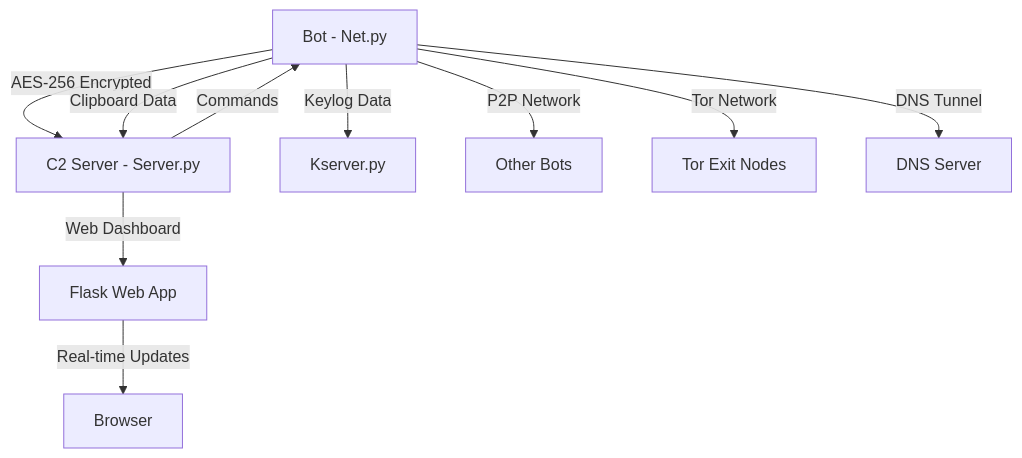
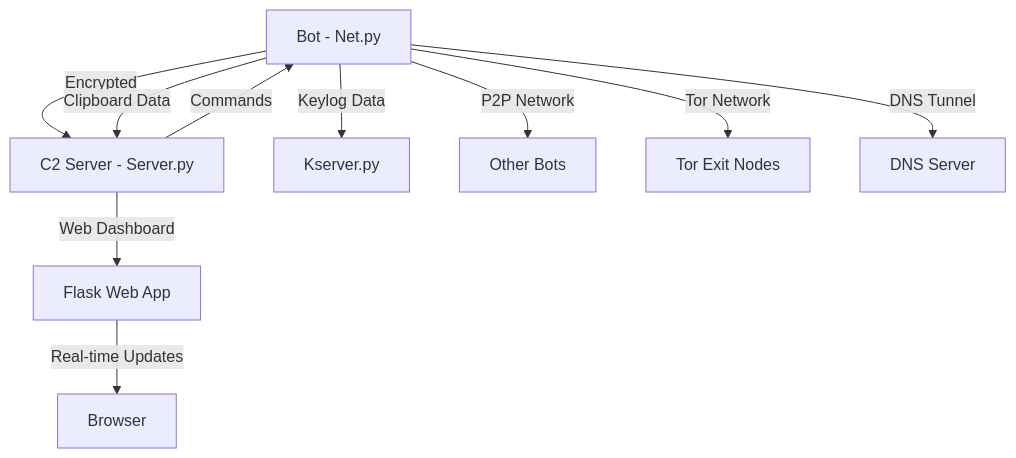
One commit to zer0crypt02/Net-C2 changed the diagram in README.md. Above: the diagram before and after it, drawn with Mermaid.

````diff
--- a/README.md
+++ b/README.md
@@ -81,12 +81,12 @@
 ```mermaid
 graph TD
-    A[Bot - Net.py] -->|AES-256 Encrypted| B[C2 Server - Server.py]
+    A[Bot - Net.py] -->|Encrypted| B[C2 Server - Server.py]
     B -->|Commands| A
     A -->|Keylog Data| C[Kserver.py]
     A -->|Clipboard Data| B
     B -->|Web Dashboard| D[Flask Web App]
     D -->|Real-time Updates| E[Browser]
     A -->|P2P Network| F[Other Bots]
     A -->|Tor Network| G[Tor Exit Nodes]
     A -->|DNS Tunnel| H[DNS Server]
 ```
````
